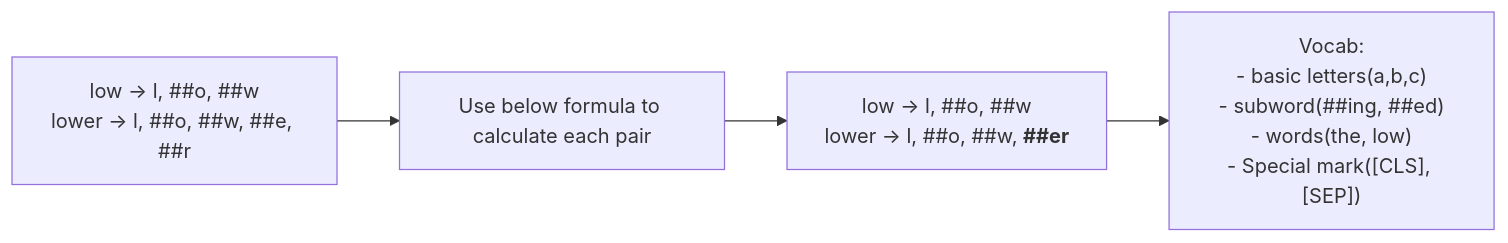
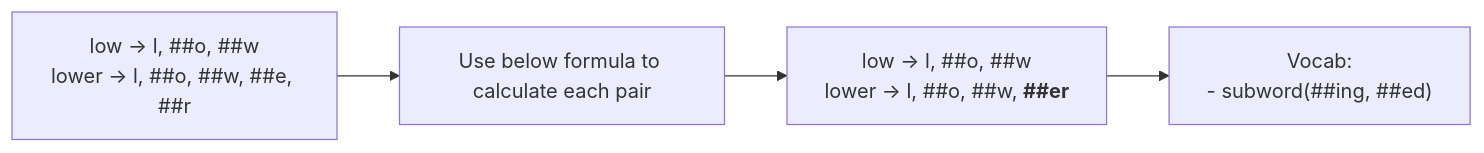
One commit to ChrisZhu2050/chriszhu2050.github.io changed the fourth of 4 diagrams in README.md. Above: the diagram before and after it, drawn with Mermaid.

````diff
--- a/README.md
+++ b/README.md
@@ -72,11 +72,8 @@
-       ```mermaid
-          graph LR
-              A["`low → l, ##o, ##w
-              lower → l, ##o, ##w, ##e, ##r`"] --> B["Use below formula to calculate each pair"] --> C["`low → l, ##o, ##w
-              lower → l, ##o, ##w, **##er**`"] --> D["`Vocab:
-              - basic letters(a,b,c)
-              - subword(##ing, ##ed)
-              - words(the, low)
-              - Special mark([CLS], [SEP])
-              `"]
-        ```
+        ```mermaid
+            graph LR
+                A["`low → l, ##o, ##w
+                lower → l, ##o, ##w, ##e, ##r`"] --> B["Use below formula to calculate each pair"] --> C["`low → l, ##o, ##w
+                lower → l, ##o, ##w, **##er**`"] --> D["`Vocab:
+                - subword(##ing, ##ed)
+                `"]
+          ```
````
